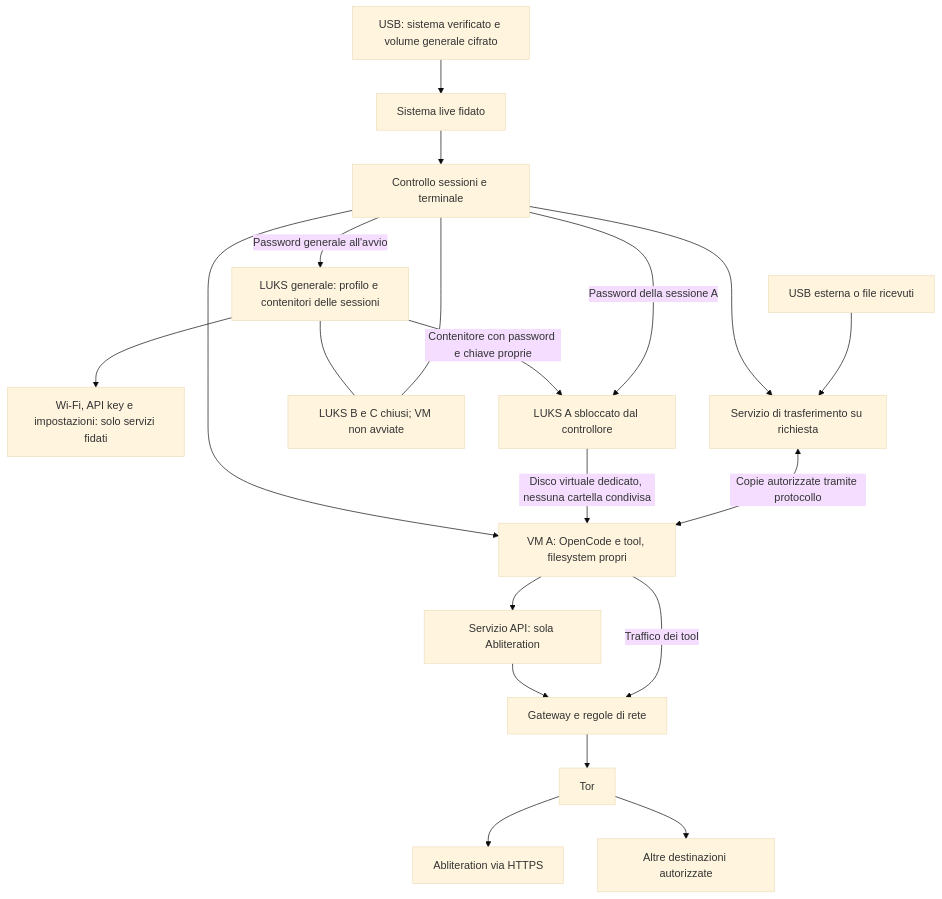
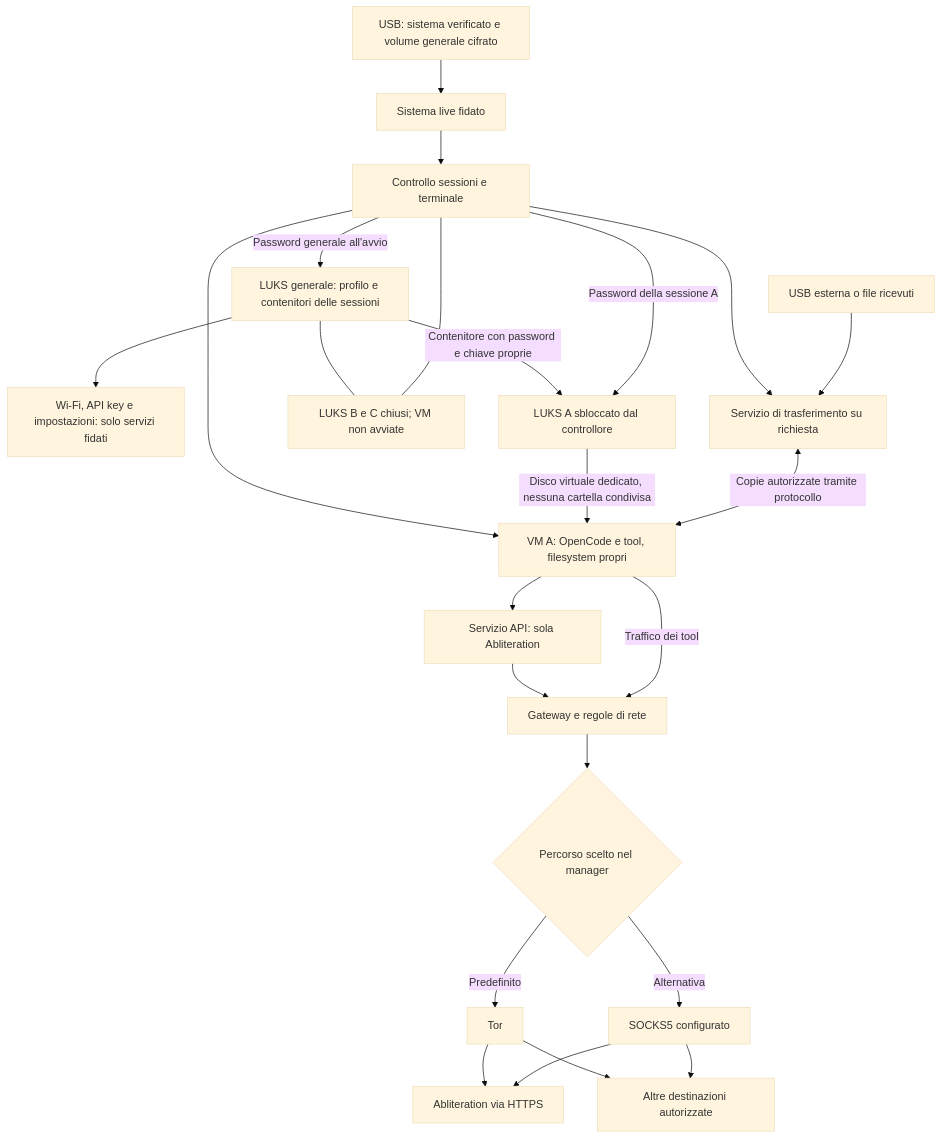
Before and after one commit to 0xthemiddleman/oblivion: the diagram in PLAN.md, drawn with Mermaid (base theme). The commit also changed other lines of this file and 5 other files, not shown here.

````diff
--- a/PLAN.md
+++ b/PLAN.md
@@ -77,22 +81,26 @@
 ```mermaid
 flowchart TB
     USB["USB: sistema verificato e volume generale cifrato"] --> LIVE["Sistema live fidato"]
     LIVE --> CONTROL["Controllo sessioni e terminale"]
     CONTROL -->|"Password generale all'avvio"| GENERAL["LUKS generale: profilo e contenitori delle sessioni"]
     GENERAL --> CONFIG["Wi-Fi, API key e impostazioni: solo servizi fidati"]
     GENERAL -->|"Contenitore con password e chiave proprie"| VAULT
     GENERAL --- CLOSED
     CONTROL --> WORK["VM A: OpenCode e tool, filesystem propri"]
     CONTROL -->|"Password della sessione A"| VAULT["LUKS A sbloccato dal controllore"]
     VAULT -->|"Disco virtuale dedicato, nessuna cartella condivisa"| WORK
     CONTROL --- CLOSED["LUKS B e C chiusi; VM non avviate"]
     CONTROL --> TRANSFER["Servizio di trasferimento su richiesta"]
     EXTERNAL["USB esterna o file ricevuti"] --> TRANSFER
     TRANSFER <-->|"Copie autorizzate tramite protocollo"| WORK
     WORK --> BROKER["Servizio API: sola Abliteration"]
     BROKER --> GATE["Gateway e regole di rete"]
     WORK -->|"Traffico dei tool"| GATE
-    GATE --> TOR["Tor"]
+    GATE --> ROUTE{"Percorso scelto nel manager"}
+    ROUTE -->|Predefinito| TOR["Tor"]
+    ROUTE -->|Alternativa| SOCKS["SOCKS5 configurato"]
     TOR --> API["Abliteration via HTTPS"]
     TOR --> WEB["Altre destinazioni autorizzate"]
+    SOCKS --> API
+    SOCKS --> WEB
 ```
````
